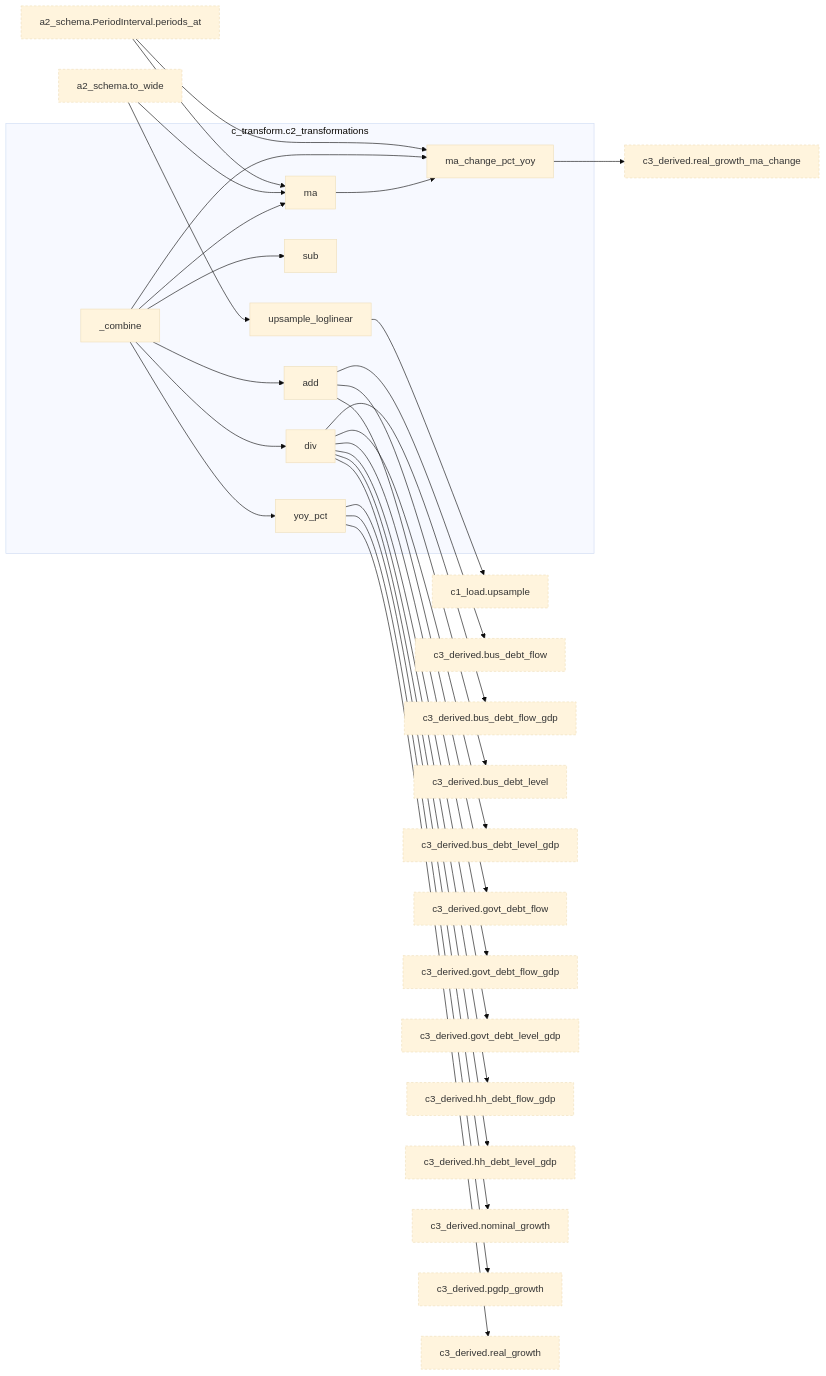
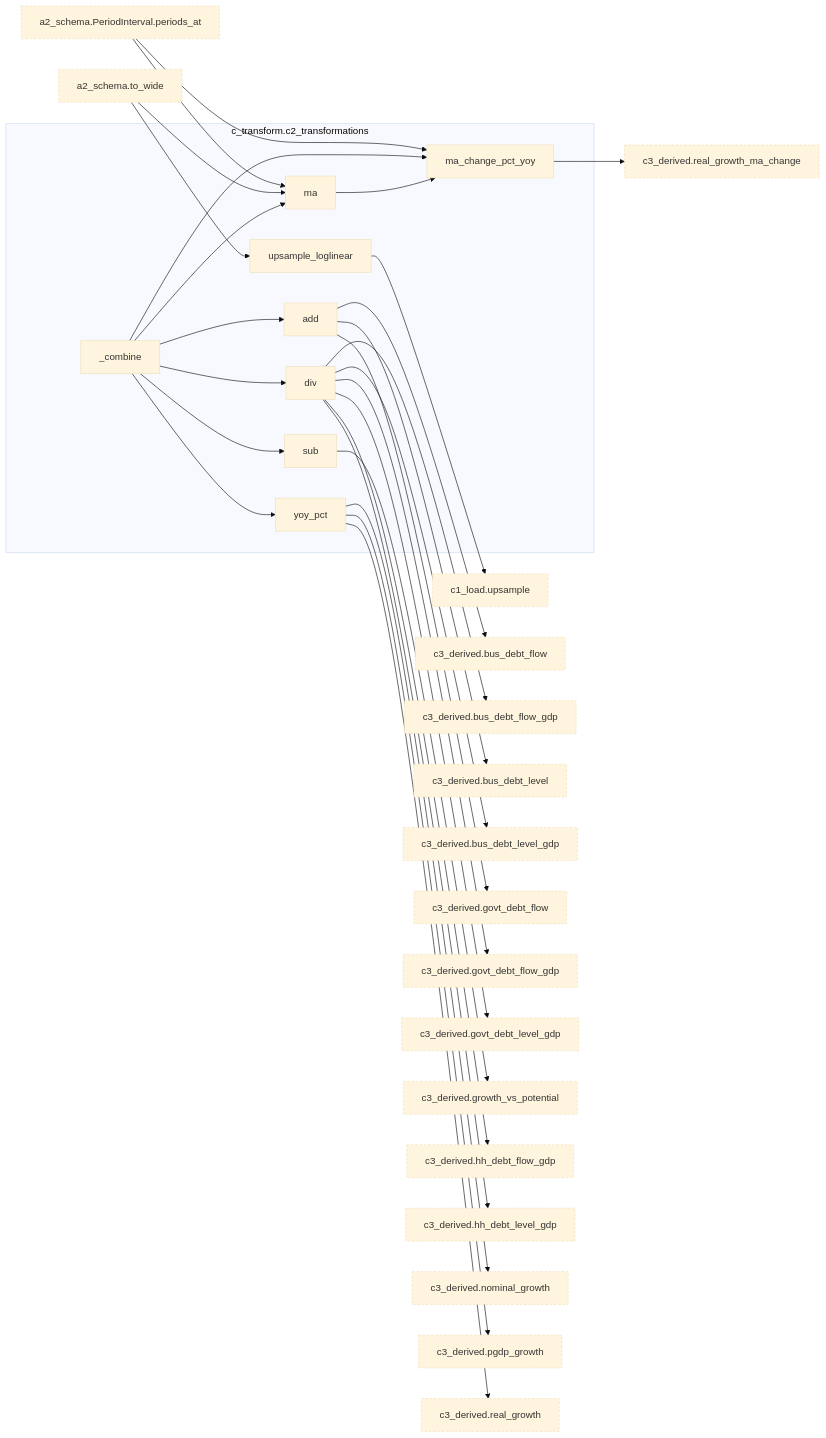
Diagram 12 of 15 in docs/architecture.md (bsawyerg15/MacroScan), drawn with Mermaid (base theme) before and after one commit. The commit also changed other lines of this file and 3 other files, not shown here.

Commit message:
add growth vs potential

````diff
--- a/docs/architecture.md
+++ b/docs/architecture.md
@@ -996,79 +996,82 @@
 ```mermaid
 flowchart LR
   subgraph this["c_transform.c2_transformations"]
     n_c_transform_c2_transformations__combine["_combine"]
     n_c_transform_c2_transformations_add["add"]
     n_c_transform_c2_transformations_div["div"]
     n_c_transform_c2_transformations_ma["ma"]
     n_c_transform_c2_transformations_ma_change_pct_yoy["ma_change_pct_yoy"]
     n_c_transform_c2_transformations_sub["sub"]
     n_c_transform_c2_transformations_upsample_loglinear["upsample_loglinear"]
     n_c_transform_c2_transformations_yoy_pct["yoy_pct"]
   end
   n_a_core_a2_schema_PeriodInterval_periods_at["a2_schema.PeriodInterval.periods_at"]:::ext
   n_a_core_a2_schema_to_wide["a2_schema.to_wide"]:::ext
   n_c_transform_c1_load_upsample["c1_load.upsample"]:::ext
   n_c_transform_c3_derived_bus_debt_flow["c3_derived.bus_debt_flow"]:::ext
   n_c_transform_c3_derived_bus_debt_flow_gdp["c3_derived.bus_debt_flow_gdp"]:::ext
   n_c_transform_c3_derived_bus_debt_level["c3_derived.bus_debt_level"]:::ext
   n_c_transform_c3_derived_bus_debt_level_gdp["c3_derived.bus_debt_level_gdp"]:::ext
   n_c_transform_c3_derived_govt_debt_flow["c3_derived.govt_debt_flow"]:::ext
   n_c_transform_c3_derived_govt_debt_flow_gdp["c3_derived.govt_debt_flow_gdp"]:::ext
   n_c_transform_c3_derived_govt_debt_level_gdp["c3_derived.govt_debt_level_gdp"]:::ext
+  n_c_transform_c3_derived_growth_vs_potential["c3_derived.growth_vs_potential"]:::ext
   n_c_transform_c3_derived_hh_debt_flow_gdp["c3_derived.hh_debt_flow_gdp"]:::ext
   n_c_transform_c3_derived_hh_debt_level_gdp["c3_derived.hh_debt_level_gdp"]:::ext
   n_c_transform_c3_derived_nominal_growth["c3_derived.nominal_growth"]:::ext
   n_c_transform_c3_derived_pgdp_growth["c3_derived.pgdp_growth"]:::ext
   n_c_transform_c3_derived_real_growth["c3_derived.real_growth"]:::ext
   n_c_transform_c3_derived_real_growth_ma_change["c3_derived.real_growth_ma_change"]:::ext
   n_c_transform_c2_transformations_upsample_loglinear --> n_c_transform_c1_load_upsample
   n_c_transform_c2_transformations__combine --> n_c_transform_c2_transformations_add
   n_c_transform_c2_transformations__combine --> n_c_transform_c2_transformations_div
   n_a_core_a2_schema_PeriodInterval_periods_at --> n_c_transform_c2_transformations_ma
   n_a_core_a2_schema_to_wide --> n_c_transform_c2_transformations_ma
   n_c_transform_c2_transformations__combine --> n_c_transform_c2_transformations_ma
   n_a_core_a2_schema_PeriodInterval_periods_at --> n_c_transform_c2_transformations_ma_change_pct_yoy
   n_c_transform_c2_transformations__combine --> n_c_transform_c2_transformations_ma_change_pct_yoy
   n_c_transform_c2_transformations_ma --> n_c_transform_c2_transformations_ma_change_pct_yoy
   n_c_transform_c2_transformations__combine --> n_c_transform_c2_transformations_sub
   n_a_core_a2_schema_to_wide --> n_c_transform_c2_transformations_upsample_loglinear
   n_c_transform_c2_transformations__combine --> n_c_transform_c2_transformations_yoy_pct
   n_c_transform_c2_transformations_add --> n_c_transform_c3_derived_bus_debt_flow
   n_c_transform_c2_transformations_div --> n_c_transform_c3_derived_bus_debt_flow_gdp
   n_c_transform_c2_transformations_add --> n_c_transform_c3_derived_bus_debt_level
   n_c_transform_c2_transformations_div --> n_c_transform_c3_derived_bus_debt_level_gdp
   n_c_transform_c2_transformations_add --> n_c_transform_c3_derived_govt_debt_flow
   n_c_transform_c2_transformations_div --> n_c_transform_c3_derived_govt_debt_flow_gdp
   n_c_transform_c2_transformations_div --> n_c_transform_c3_derived_govt_debt_level_gdp
+  n_c_transform_c2_transformations_sub --> n_c_transform_c3_derived_growth_vs_potential
   n_c_transform_c2_transformations_div --> n_c_transform_c3_derived_hh_debt_flow_gdp
   n_c_transform_c2_transformations_div --> n_c_transform_c3_derived_hh_debt_level_gdp
   n_c_transform_c2_transformations_yoy_pct --> n_c_transform_c3_derived_nominal_growth
   n_c_transform_c2_transformations_yoy_pct --> n_c_transform_c3_derived_pgdp_growth
   n_c_transform_c2_transformations_yoy_pct --> n_c_transform_c3_derived_real_growth
   n_c_transform_c2_transformations_ma_change_pct_yoy --> n_c_transform_c3_derived_real_growth_ma_change
   click n_a_core_a2_schema_PeriodInterval_periods_at href "#fn-a_core-a2_schema-PeriodInterval.periods_at"
   click n_a_core_a2_schema_to_wide href "#fn-a_core-a2_schema-to_wide"
   click n_c_transform_c1_load_upsample href "#fn-c_transform-c1_load-upsample"
   click n_c_transform_c2_transformations__combine href "#fn-c_transform-c2_transformations-_combine"
   click n_c_transform_c2_transformations_add href "#fn-c_transform-c2_transformations-add"
   click n_c_transform_c2_transformations_div href "#fn-c_transform-c2_transformations-div"
   click n_c_transform_c2_transformations_ma href "#fn-c_transform-c2_transformations-ma"
   click n_c_transform_c2_transformations_ma_change_pct_yoy href "#fn-c_transform-c2_transformations-ma_change_pct_yoy"
   click n_c_transform_c2_transformations_sub href "#fn-c_transform-c2_transformations-sub"
   click n_c_transform_c2_transformations_upsample_loglinear href "#fn-c_transform-c2_transformations-upsample_loglinear"
   click n_c_transform_c2_transformations_yoy_pct href "#fn-c_transform-c2_transformations-yoy_pct"
   click n_c_transform_c3_derived_bus_debt_flow href "#fn-c_transform-c3_derived-bus_debt_flow"
   click n_c_transform_c3_derived_bus_debt_flow_gdp href "#fn-c_transform-c3_derived-bus_debt_flow_gdp"
   click n_c_transform_c3_derived_bus_debt_level href "#fn-c_transform-c3_derived-bus_debt_level"
   click n_c_transform_c3_derived_bus_debt_level_gdp href "#fn-c_transform-c3_derived-bus_debt_level_gdp"
   click n_c_transform_c3_derived_govt_debt_flow href "#fn-c_transform-c3_derived-govt_debt_flow"
   click n_c_transform_c3_derived_govt_debt_flow_gdp href "#fn-c_transform-c3_derived-govt_debt_flow_gdp"
   click n_c_transform_c3_derived_govt_debt_level_gdp href "#fn-c_transform-c3_derived-govt_debt_level_gdp"
+  click n_c_transform_c3_derived_growth_vs_potential href "#fn-c_transform-c3_derived-growth_vs_potential"
   click n_c_transform_c3_derived_hh_debt_flow_gdp href "#fn-c_transform-c3_derived-hh_debt_flow_gdp"
   click n_c_transform_c3_derived_hh_debt_level_gdp href "#fn-c_transform-c3_derived-hh_debt_level_gdp"
   click n_c_transform_c3_derived_nominal_growth href "#fn-c_transform-c3_derived-nominal_growth"
   click n_c_transform_c3_derived_pgdp_growth href "#fn-c_transform-c3_derived-pgdp_growth"
   click n_c_transform_c3_derived_real_growth href "#fn-c_transform-c3_derived-real_growth"
   click n_c_transform_c3_derived_real_growth_ma_change href "#fn-c_transform-c3_derived-real_growth_ma_change"
   classDef ext stroke-dasharray: 4 3
 ```
````
